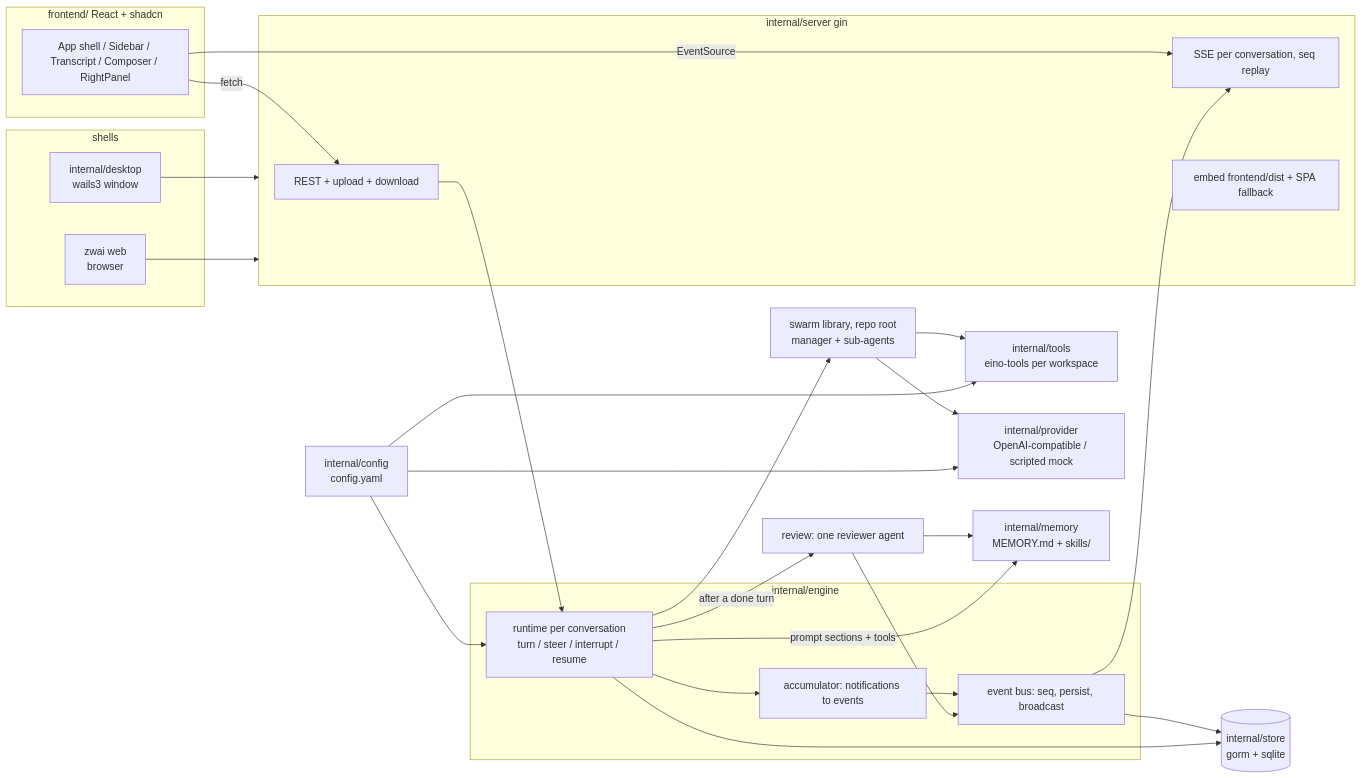
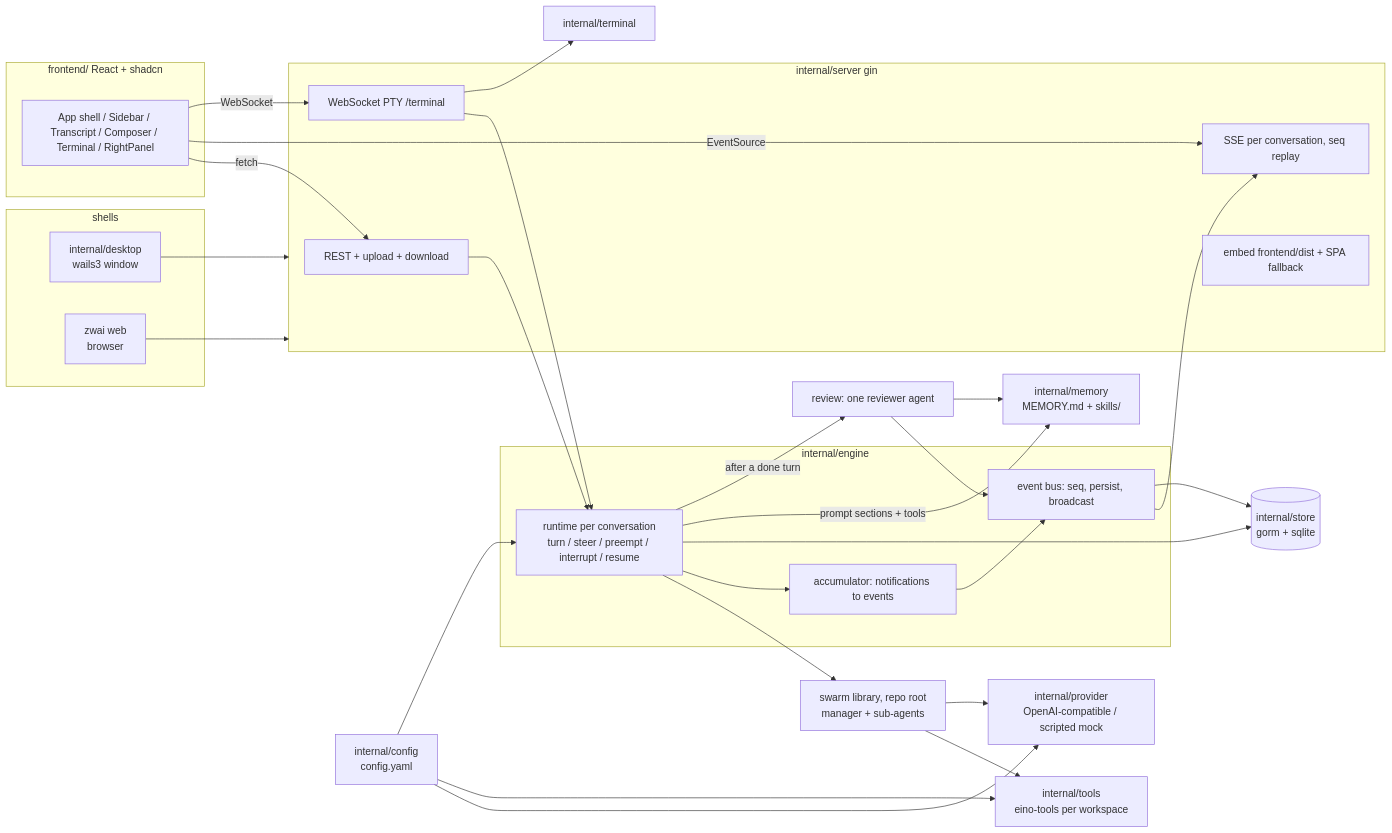
The diagram in ARCHITECTURE.md (LubyRuffy/eino-swarm), drawn with Mermaid before and after one commit. The commit also changed other lines of this file and 235 other files, not shown here.

First line of the commit message:
feat: interrupt inject, ask_user, /plan, terminal, and charts

````diff
--- a/ARCHITECTURE.md
+++ b/ARCHITECTURE.md
@@ -9,44 +9,48 @@
 ```mermaid
 flowchart LR
   subgraph shells
     Desktop[internal/desktop<br/>wails3 window]
     Browser[zwai web<br/>browser]
   end
   subgraph frontend [frontend/ React + shadcn]
-    UI[App shell / Sidebar / Transcript / Composer / RightPanel]
+    UI[App shell / Sidebar / Transcript / Composer / Terminal / RightPanel]
   end
   subgraph server [internal/server gin]
     REST[REST + upload + download]
     SSE[SSE per conversation, seq replay]
+    PTYWS[WebSocket PTY /terminal]
     Static[embed frontend/dist + SPA fallback]
   end
   subgraph engine [internal/engine]
-    RT[runtime per conversation<br/>turn / steer / interrupt / resume]
+    RT[runtime per conversation<br/>turn / steer / preempt / interrupt / resume]
     Bus[event bus: seq, persist, broadcast]
     Acc[accumulator: notifications to events]
   end
   Swarm[swarm library, repo root<br/>manager + sub-agents]
   Tools[internal/tools<br/>eino-tools per workspace]
   Pool[internal/provider<br/>OpenAI-compatible / scripted mock]
   Store[(internal/store<br/>gorm + sqlite)]
   Cfg[internal/config<br/>config.yaml]
 
   Desktop --> server
   Browser --> server
   UI -->|fetch| REST
   UI -->|EventSource| SSE
+  UI -->|WebSocket| PTYWS
   REST --> RT
+  PTYWS --> RT
+  PTYWS --> TermPkg[internal/terminal]
   RT --> Swarm --> Tools
   Swarm --> Pool
   RT --> Acc --> Bus --> SSE
   Bus --> Store
   RT --> Store
   Cfg --> Pool
   Cfg --> Tools
   Cfg --> RT
   Mem[internal/memory<br/>MEMORY.md + skills/]
   RT -->|prompt sections + tools| Mem
   RT -->|after a done turn| Review[review: one reviewer agent]
   Review --> Mem
   Review --> Bus
 ```
````
